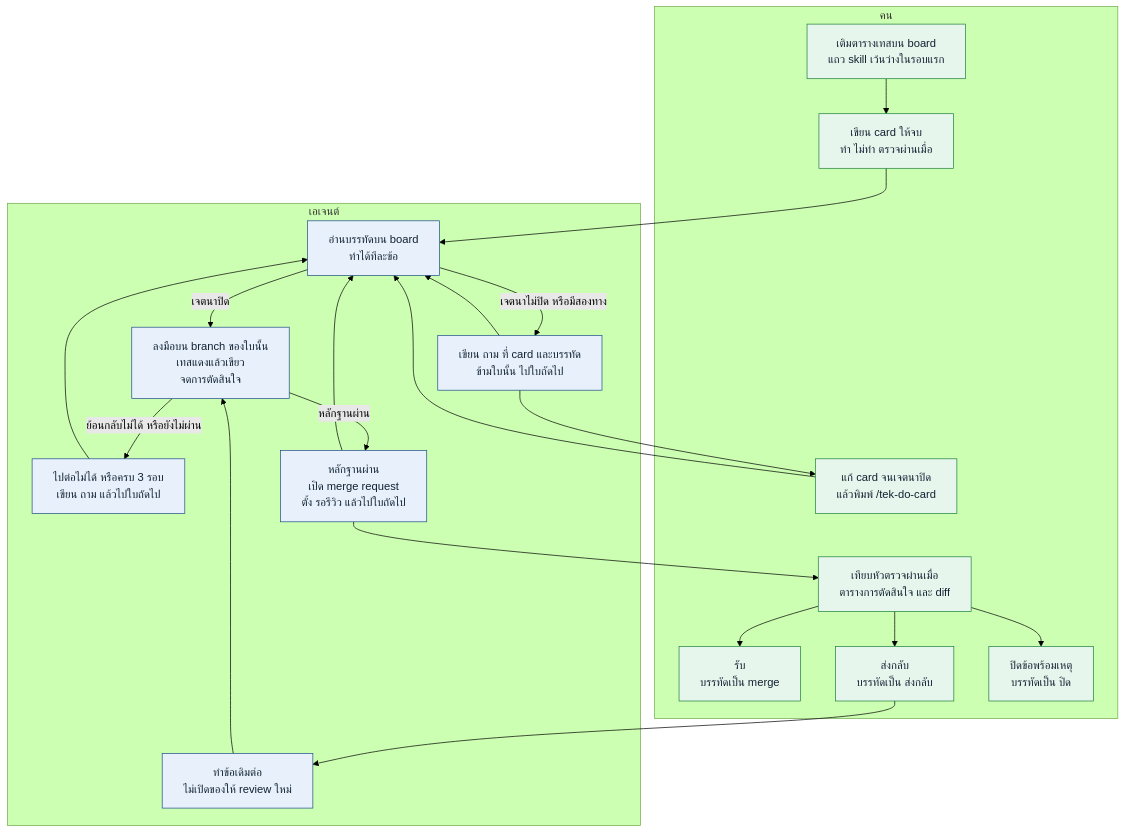
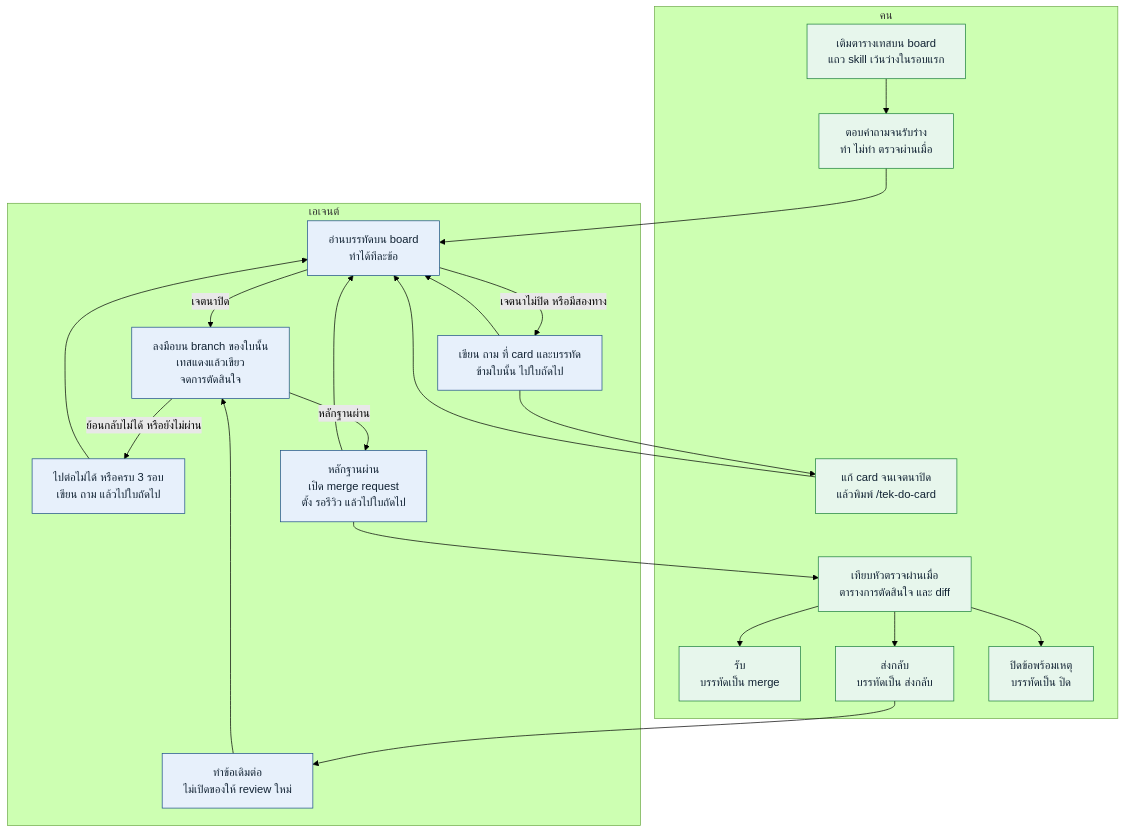
The diagram in README.md (thitinan147/jtek-skill), drawn with Mermaid (forest theme) before and after one commit. The commit also changed other lines of this file and 4 other files, not shown here.

````diff
--- a/README.md
+++ b/README.md
@@ -86,41 +86,41 @@
 ```mermaid
 flowchart TD
   subgraph person ["คน"]
     fill["เติมตารางเทสบน board<br/>แถว skill เว้นว่างในรอบแรก"]
-    card["เขียน card ให้จบ<br/>ทำ ไม่ทำ ตรวจผ่านเมื่อ"]
+    card["ตอบคำถามจนรับร่าง<br/>ทำ ไม่ทำ ตรวจผ่านเมื่อ"]
     edit["แก้ card จนเจตนาปิด<br/>แล้วพิมพ์ /tek-do-card"]
     look["เทียบหัวตรวจผ่านเมื่อ<br/>ตารางการตัดสินใจ และ diff"]
     done["รับ<br/>บรรทัดเป็น merge"]
     back["ส่งกลับ<br/>บรรทัดเป็น ส่งกลับ"]
     drop["ปิดข้อพร้อมเหตุ<br/>บรรทัดเป็น ปิด"]
   end
 
   subgraph agent ["เอเจนต์"]
     line["อ่านบรรทัดบน board<br/>ทำได้ทีละข้อ"]
     ask["เขียน ถาม ที่ card และบรรทัด<br/>ข้ามใบนั้น ไปใบถัดไป"]
     work["ลงมือบน branch ของใบนั้น<br/>เทสแดงแล้วเขียว<br/>จดการตัดสินใจ"]
     stuck["ไปต่อไม่ได้ หรือครบ 3 รอบ<br/>เขียน ถาม แล้วไปใบถัดไป"]
     wait["หลักฐานผ่าน<br/>เปิด merge request<br/>ตั้ง รอรีวิว แล้วไปใบถัดไป"]
     again["ทำข้อเดิมต่อ<br/>ไม่เปิดของให้ review ใหม่"]
   end
 
   fill --> card --> line
   line -->|เจตนาไม่ปิด หรือมีสองทาง| ask
   ask --> line
   ask --> edit --> line
   line -->|เจตนาปิด| work
   work -->|ย้อนกลับไม่ได้ หรือยังไม่ผ่าน| stuck
   stuck --> line
   work -->|หลักฐานผ่าน| wait
   wait --> line
   wait --> look
   look --> done
   look --> back
   look --> drop
   back --> again --> work
 
   classDef human fill:#e7f6ec,stroke:#1b7f3b,color:#123
   classDef bot fill:#e7f0fb,stroke:#1d4e89,color:#123
   class fill,card,edit,look,done,back,drop human
   class line,ask,work,stuck,wait,again bot
 ```
````
